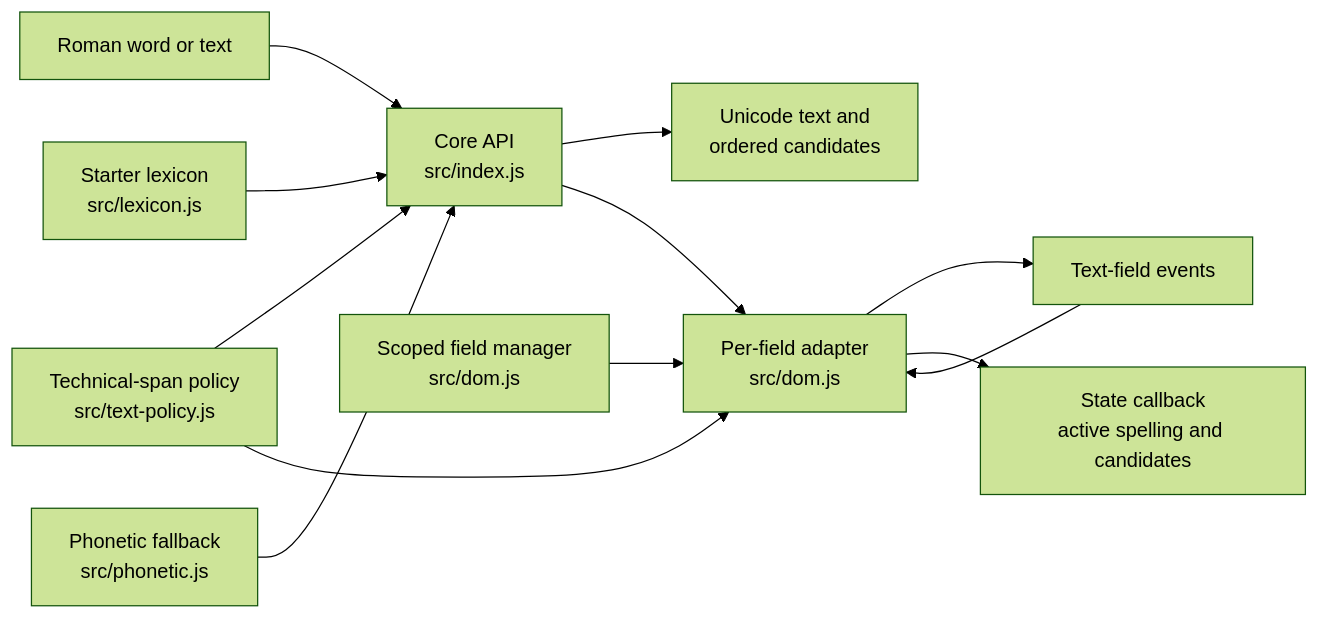
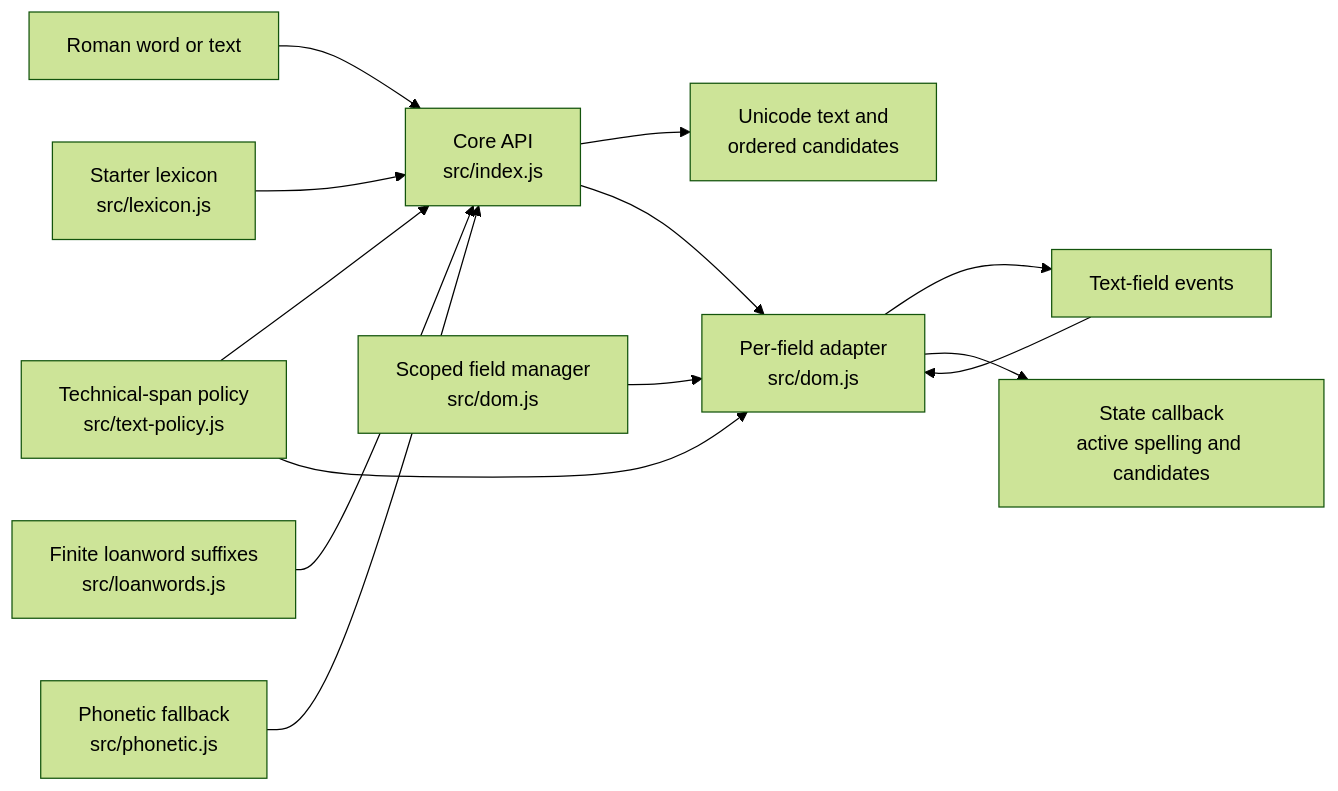
The diagram in docs/package/architecture.md (ojastechnologies/sahajlipi), drawn with Mermaid (forest theme) before and after one commit. The commit also changed other lines of this file and 30 other files, not shown here.

````diff
--- a/docs/package/architecture.md
+++ b/docs/package/architecture.md
@@ -9,14 +9,15 @@
 ```mermaid
 flowchart LR
   A[Roman word or text] --> B[Core API<br/>src/index.js]
   L[Starter lexicon<br/>src/lexicon.js] --> B
+  S[Finite loanword suffixes<br/>src/loanwords.js] --> B
   P[Phonetic fallback<br/>src/phonetic.js] --> B
   T[Technical-span policy<br/>src/text-policy.js] --> B
   T --> E
   B --> C[Unicode text and<br/>ordered candidates]
   M[Scoped field manager<br/>src/dom.js] --> E[Per-field adapter<br/>src/dom.js]
   D[Text-field events] --> E
   B --> E
   E --> D
   E --> F[State callback<br/>active spelling and candidates]
 ```
````
